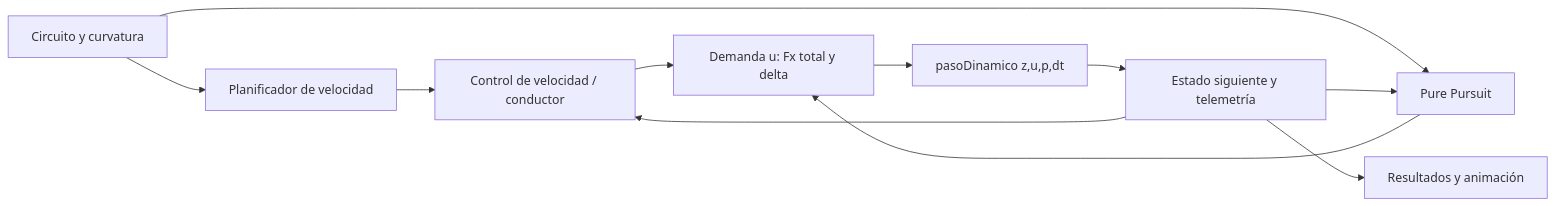
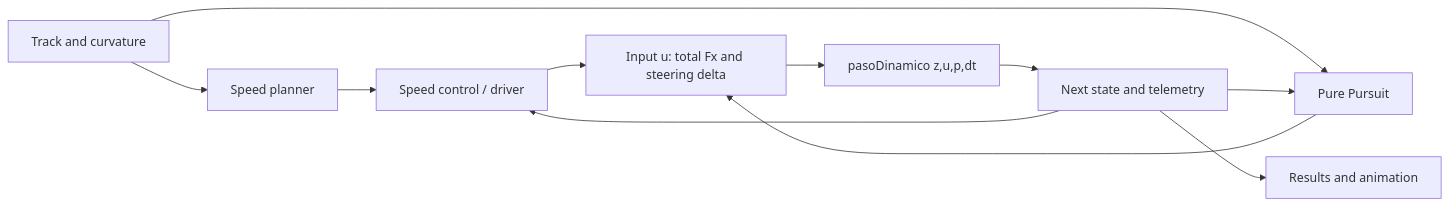
One commit to Horacio135/Vehicle-Control-Systems changed the diagram in PROJECT/README.md. Above: the diagram before and after it, drawn with Mermaid. The commit also changed other lines of this file and 108 other files, not shown here.

````diff
--- a/PROJECT/README.md
+++ b/PROJECT/README.md
@@ -30,13 +46,13 @@
 ```mermaid
 flowchart LR
-    P[Circuito y curvatura] --> V[Planificador de velocidad]
+    P[Track and curvature] --> V[Speed planner]
     P --> L[Pure Pursuit]
-    V --> D[Control de velocidad / conductor]
-    L --> U[Demanda u: Fx total y delta]
+    V --> D[Speed control / driver]
+    L --> U[Input u: total Fx and steering delta]
     D --> U
     U --> F[pasoDinamico z,u,p,dt]
-    F --> Z[Estado siguiente y telemetría]
+    F --> Z[Next state and telemetry]
     Z --> L
     Z --> D
-    Z --> A[Resultados y animación]
+    Z --> A[Results and animation]
 ```
````
